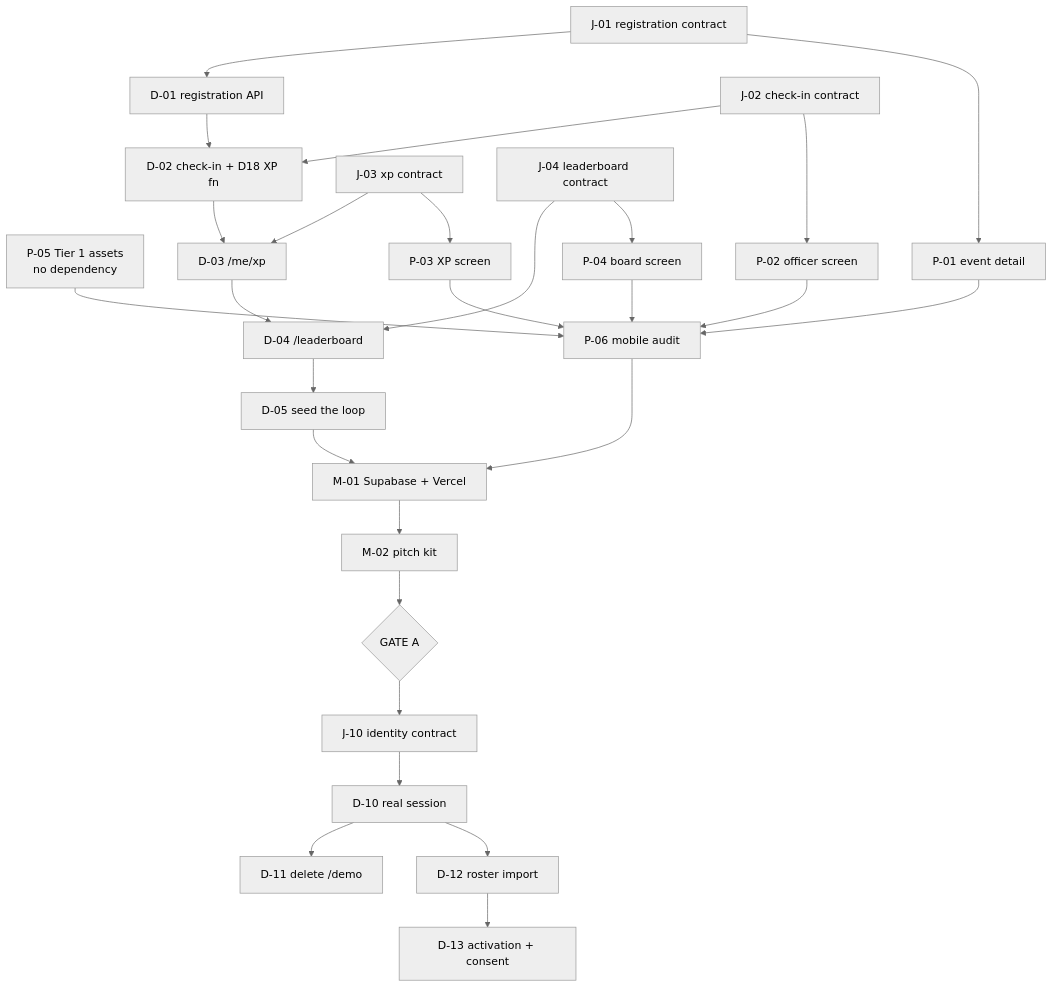
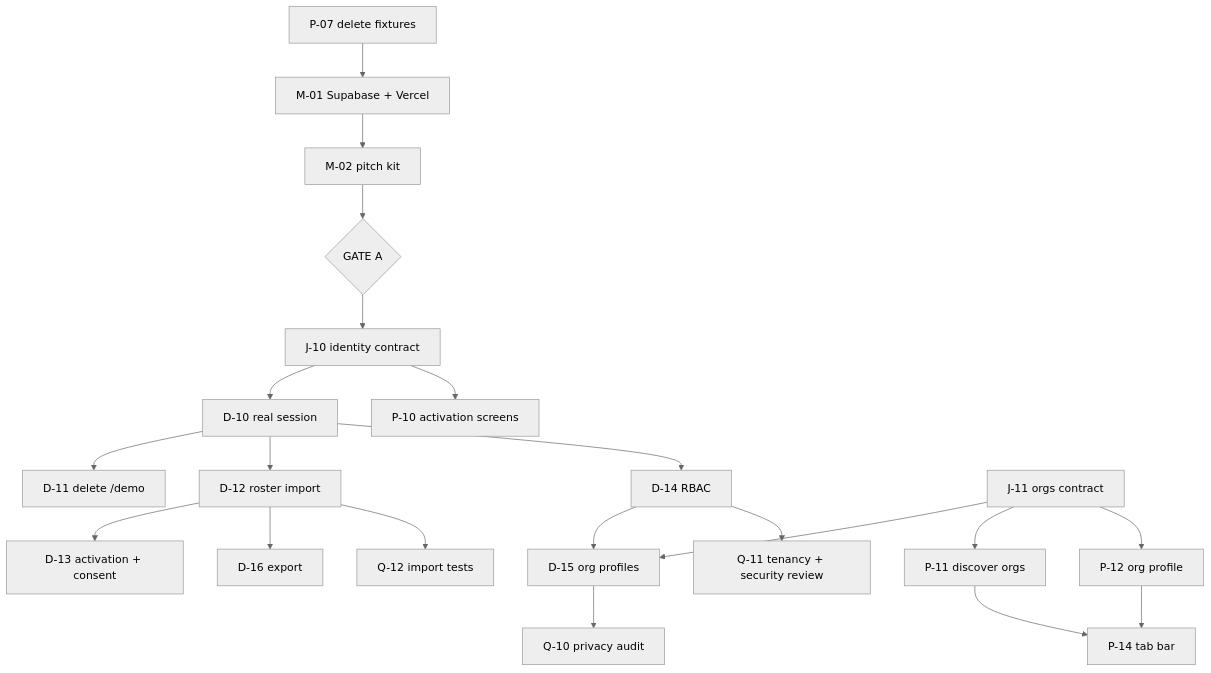
One commit to jash-aeio/Hiraya changed the second of 2 diagrams in docs/WORKSTREAMS.md. Above: the diagram before and after it, drawn with Mermaid (neutral theme). The commit also changed other lines of this file and 13 other files, not shown here.

````diff
--- a/docs/WORKSTREAMS.md
+++ b/docs/WORKSTREAMS.md
@@ -201,30 +239,23 @@
 ```mermaid
 flowchart TD
-  P05["P-05 Tier 1 assets<br/>no dependency"]
-  J01["J-01 registration contract"] --> D01["D-01 registration API"]
-  J01 --> P01["P-01 event detail"]
-  J02["J-02 check-in contract"] --> D02["D-02 check-in + D18 XP fn"]
-  J02 --> P02["P-02 officer screen"]
-  D01 --> D02
-  J03["J-03 xp contract"] --> D03["D-03 /me/xp"]
-  J03 --> P03["P-03 XP screen"]
-  D02 --> D03
-  J04["J-04 leaderboard contract"] --> D04["D-04 /leaderboard"]
-  J04 --> P04["P-04 board screen"]
-  D03 --> D04
-  D04 --> D05["D-05 seed the loop"]
-  P01 --> P06["P-06 mobile audit"]
-  P02 --> P06
-  P03 --> P06
-  P04 --> P06
-  P05 --> P06
-  D05 --> M01["M-01 Supabase + Vercel"]
-  P06 --> M01
+  P07["P-07 delete fixtures"] --> M01["M-01 Supabase + Vercel"]
   M01 --> M02["M-02 pitch kit"]
   M02 --> GA{"GATE A"}
   GA --> J10["J-10 identity contract"]
   J10 --> D10["D-10 real session"]
   D10 --> D11["D-11 delete /demo"]
   D10 --> D12["D-12 roster import"]
+  D10 --> D14["D-14 RBAC"]
   D12 --> D13["D-13 activation + consent"]
+  D12 --> D16["D-16 export"]
+  D12 --> Q12["Q-12 import tests"]
+  P11 --> P14["P-14 tab bar"]
+  P12 --> P14
+  J10 --> P10["P-10 activation screens"]
+  J11["J-11 orgs contract"] --> D15["D-15 org profiles"]
+  J11 --> P11["P-11 discover orgs"]
+  J11 --> P12["P-12 org profile"]
+  D14 --> D15
+  D15 --> Q10["Q-10 privacy audit"]
+  D14 --> Q11["Q-11 tenancy + security review"]
 ```
````
